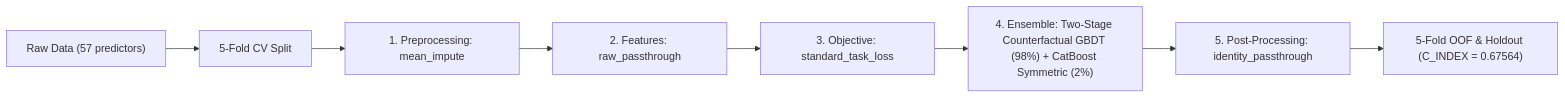
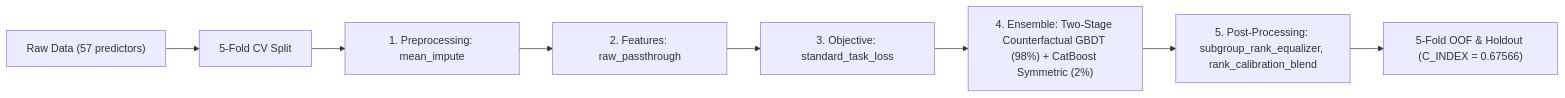
One commit to stefanoclss/CIBMTR-Equity-in-Post-HCT-Survival-Predictions changed the diagram in README.md. Above: the diagram before and after it, drawn with Mermaid. The commit also changed other lines of this file, not shown here.

First line of the commit message:
docs(readme): refresh verified OOF benchmark & build ledger (C_INDEX=0.67566)

````diff
--- a/README.md
+++ b/README.md
@@ -138,10 +139,10 @@
 ```mermaid
 flowchart LR
     DATA["Raw Data (57 predictors)"] --> SPLIT["5-Fold CV Split"]
     SPLIT --> PRE["1. Preprocessing: mean_impute"]
     PRE --> FEAT["2. Features: raw_passthrough"]
     FEAT --> OBJ["3. Objective: standard_task_loss"]
     OBJ --> M0["4. Ensemble: Two-Stage Counterfactual GBDT (98%) + CatBoost Symmetric (2%)"]
-    M0 --> POST["5. Post-Processing: identity_passthrough"]
-    POST --> OUT["5-Fold OOF & Holdout (C_INDEX = 0.67564)"]
+    M0 --> POST["5. Post-Processing: subgroup_rank_equalizer, rank_calibration_blend"]
+    POST --> OUT["5-Fold OOF & Holdout (C_INDEX = 0.67566)"]
 ```
````
